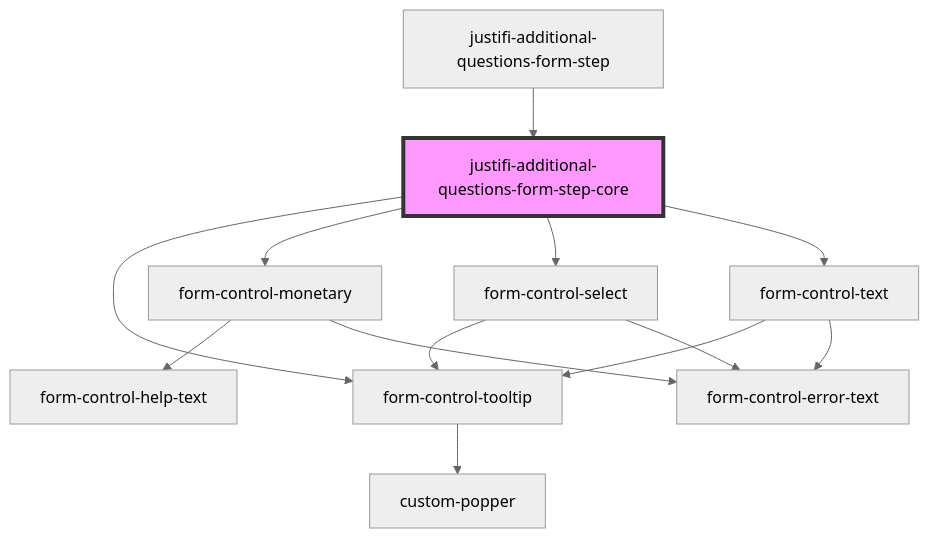
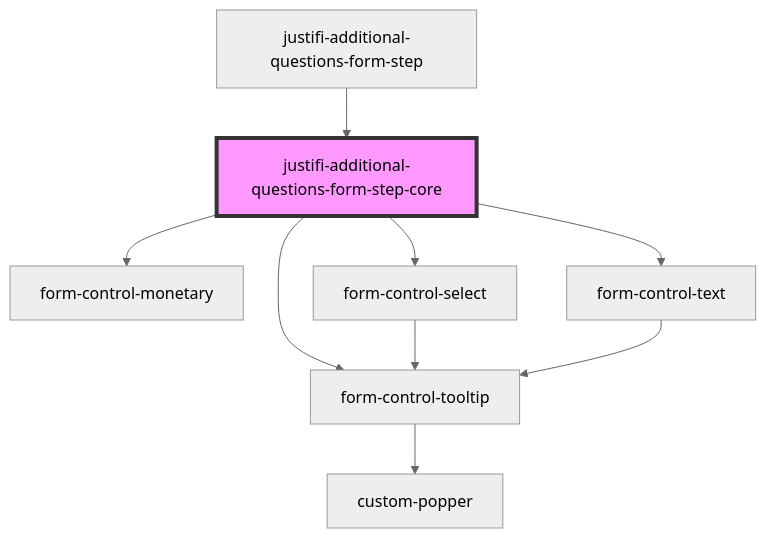
The diagram in packages/webcomponents/src/components/business-forms/payment-provisioning/additional-questions/readme.md (justifi-tech/web-component-library), drawn with Mermaid (neutral theme) before and after one commit. The commit also changed 23 other files, not shown here.

````diff
--- a/packages/webcomponents/src/components/business-forms/payment-provisioning/additional-questions/readme.md
+++ b/packages/webcomponents/src/components/business-forms/payment-provisioning/additional-questions/readme.md
@@ -60,16 +60,12 @@
 ```mermaid
 graph TD;
   justifi-additional-questions-form-step-core --> form-control-tooltip
   justifi-additional-questions-form-step-core --> form-control-monetary
   justifi-additional-questions-form-step-core --> form-control-select
   justifi-additional-questions-form-step-core --> form-control-text
   form-control-tooltip --> custom-popper
-  form-control-monetary --> form-control-help-text
-  form-control-monetary --> form-control-error-text
   form-control-select --> form-control-tooltip
-  form-control-select --> form-control-error-text
   form-control-text --> form-control-tooltip
-  form-control-text --> form-control-error-text
   justifi-additional-questions-form-step --> justifi-additional-questions-form-step-core
   style justifi-additional-questions-form-step-core fill:#f9f,stroke:#333,stroke-width:4px
 ```
````
